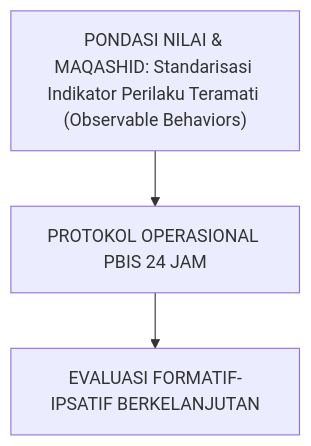
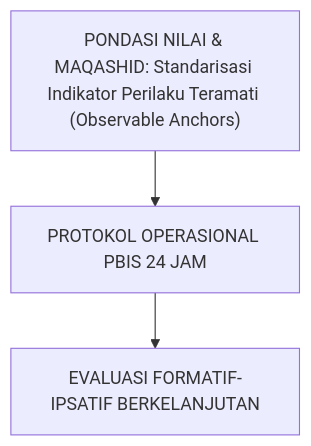
One commit to wandiapriliyandi/tumbuh changed diagram 15 of 32 in BOOK-SERIES/Volume-03/Buku-Volume-03-Sistem-Asesmen-Perkembangan-dan-Evaluasi-Berbasis-Bukti.md. Above: the diagram before and after it, drawn with Mermaid. The commit also changed other lines of this file and 196 other files, not shown here.

````diff
--- a/BOOK-SERIES/Volume-03/Buku-Volume-03-Sistem-Asesmen-Perkembangan-dan-Evaluasi-Berbasis-Bukti.md
+++ b/BOOK-SERIES/Volume-03/Buku-Volume-03-Sistem-Asesmen-Perkembangan-dan-Evaluasi-Berbasis-Bukti.md
@@ -370,5 +505,5 @@
 ```mermaid
 graph TD
-    Tujuan["PONDASI NILAI & MAQASHID: Standarisasi Indikator Perilaku Teramati (Observable Behaviors)"] --> Operasional["PROTOKOL OPERASIONAL PBIS 24 JAM"]
+    Tujuan["PONDASI NILAI & MAQASHID: Standarisasi Indikator Perilaku Teramati (Observable Anchors)"] --> Operasional["PROTOKOL OPERASIONAL PBIS 24 JAM"]
     Operasional --> Evaluasi["EVALUASI FORMATIF-IPSATIF BERKELANJUTAN"]
 ```
````
